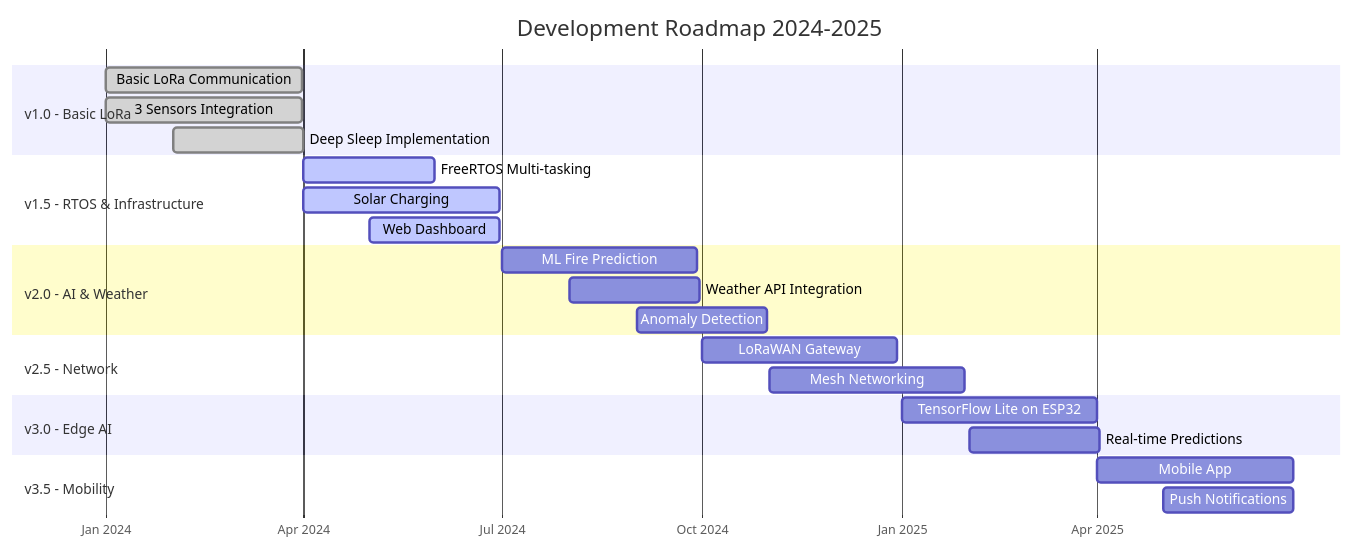
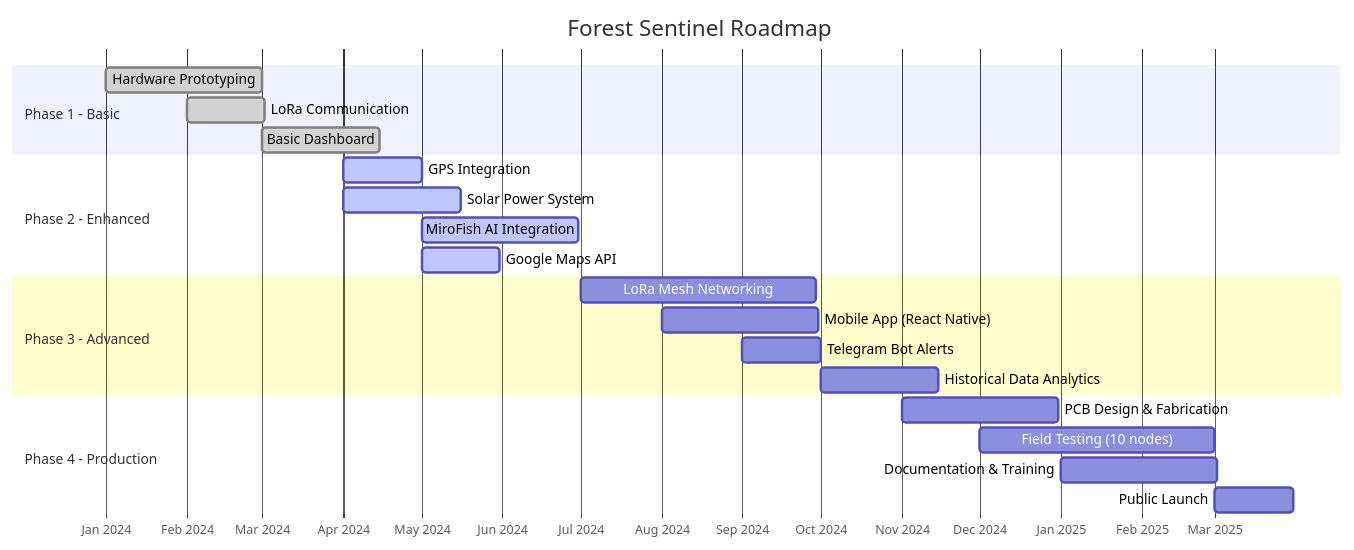
One commit to ficrammanifur/offline-emergency-lora-system changed the ninth of 9 diagrams in README.md. Above: the diagram before and after it, drawn with Mermaid. The commit also changed other lines of this file, not shown here.

````diff
--- a/README.md
+++ b/README.md
@@ -1023,33 +1156,29 @@
 ```mermaid
 gantt
-    title Development Roadmap 2024-2025
+    title Forest Sentinel Roadmap
     dateFormat YYYY-MM
     axisFormat %b %Y
     
-    section v1.0 - Basic LoRa
-    Basic LoRa Communication :done, 2024-01, 90d
-    3 Sensors Integration :done, 2024-01, 90d
-    Deep Sleep Implementation :done, 2024-02, 60d
+    section Phase 1 - Basic
+    Hardware Prototyping     :done, 2024-01, 60d
+    LoRa Communication       :done, 2024-02, 30d
+    Basic Dashboard          :done, 2024-03, 45d
 
-    section v1.5 - RTOS & Infrastructure
-    FreeRTOS Multi-tasking :active, 2024-04, 60d
-    Solar Charging :active, 2024-04, 90d
-    Web Dashboard :active, 2024-05, 60d
+    section Phase 2 - Enhanced
+    GPS Integration          :active, 2024-04, 30d
+    Solar Power System       :active, 2024-04, 45d
+    MiroFish AI Integration  :active, 2024-05, 60d
+    Google Maps API          :active, 2024-05, 30d
 
-    section v2.0 - AI & Weather
-    ML Fire Prediction : 2024-07, 90d
-    Weather API Integration : 2024-08, 60d
-    Anomaly Detection : 2024-09, 60d
+    section Phase 3 - Advanced
+    LoRa Mesh Networking     :2024-07, 90d
+    Mobile App (React Native) :2024-08, 60d
+    Telegram Bot Alerts      :2024-09, 30d
+    Historical Data Analytics :2024-10, 45d
 
-    section v2.5 - Network
-    LoRaWAN Gateway : 2024-10, 90d
-    Mesh Networking : 2024-11, 90d
-
-    section v3.0 - Edge AI
-    TensorFlow Lite on ESP32 : 2025-01, 90d
-    Real-time Predictions : 2025-02, 60d
-
-    section v3.5 - Mobility
-    Mobile App : 2025-04, 90d
-    Push Notifications : 2025-05, 60d
+    section Phase 4 - Production
+    PCB Design & Fabrication :2024-11, 60d
+    Field Testing (10 nodes) :2024-12, 90d
+    Documentation & Training :2025-01, 60d
+    Public Launch            :2025-03, 30d
 ```
````
